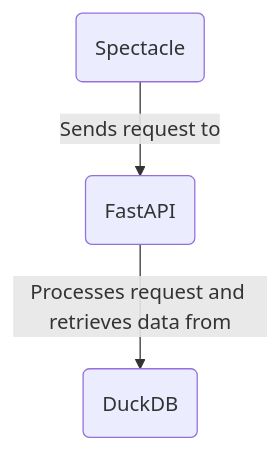
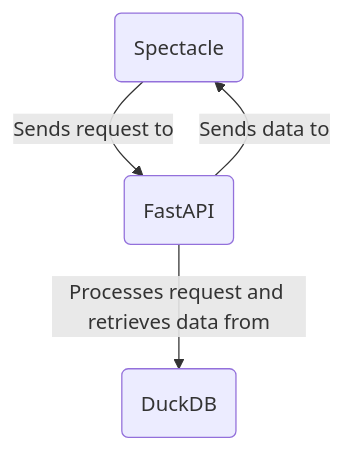
The diagram in README.md (PiechZ/greybox_wrapped), drawn with Mermaid before and after one commit.

Commit message:
Add an arrow to the Mermaid client-server diagram

````diff
--- a/README.md
+++ b/README.md
@@ -11,5 +11,6 @@
 ```mermaid
 graph TD
   A(Spectacle) -->|Sends request to| B(FastAPI)
   B(FastAPI)   -->|Processes request and retrieves data from| C(DuckDB)
+  B(FastAPI)   -->|Sends data to| A(Spectacle)
 ```
````
